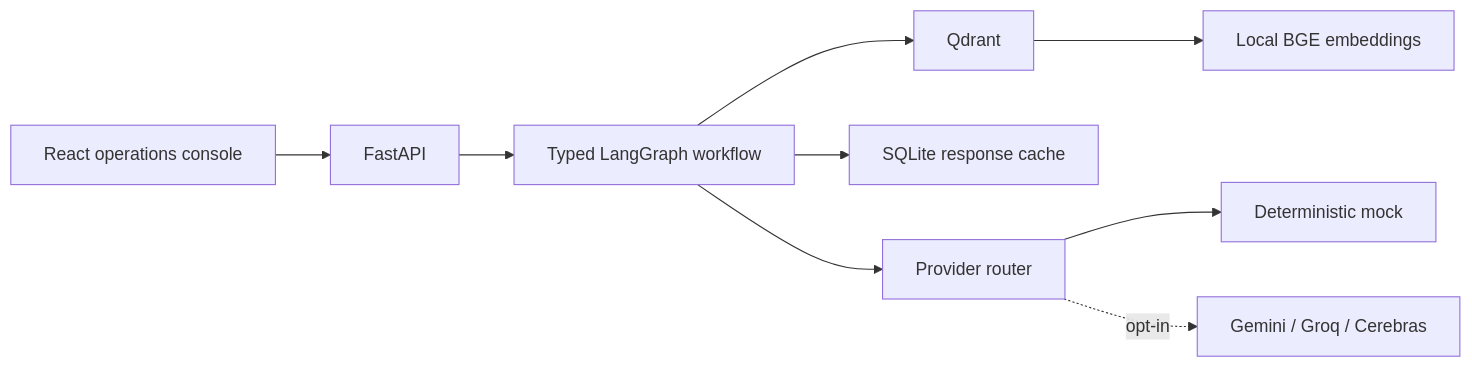
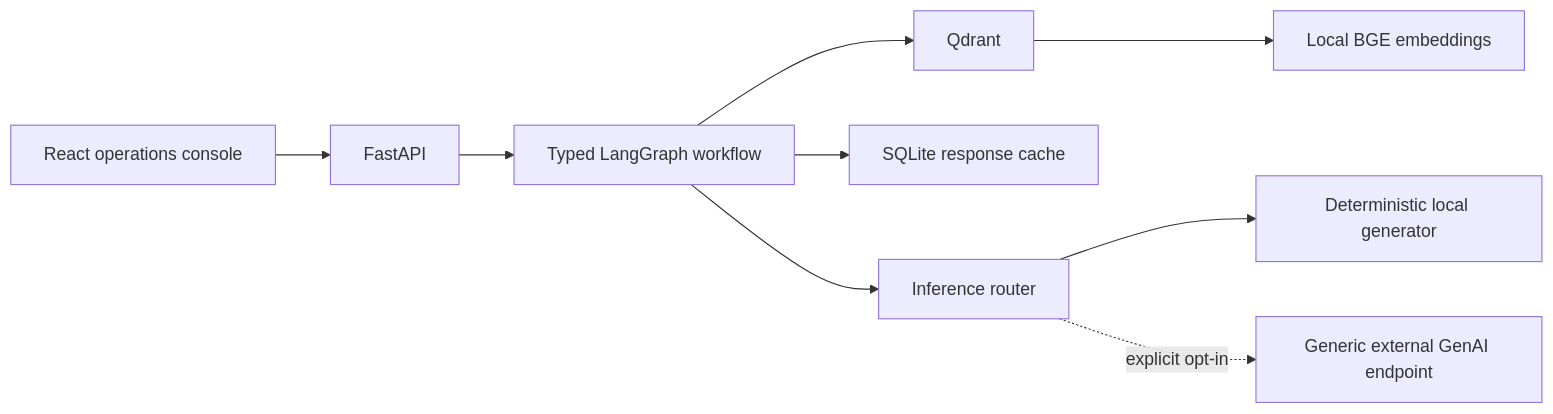
Before and after one commit to Praciller/customer-support-rag-triage-agent: the diagram in README.md, drawn with Mermaid. The commit also changed other lines of this file and 15 other files, not shown here.

First line of the commit message:
Keep inference vendor-neutral with local default

````diff
--- a/README.md
+++ b/README.md
@@ -31,11 +32,11 @@
 ```mermaid
 flowchart LR
   UI[React operations console] --> API[FastAPI]
   API --> G[Typed LangGraph workflow]
   G --> Q[Qdrant]
   Q --> E[Local BGE embeddings]
   G --> C[SQLite response cache]
-  G --> R[Provider router]
-  R --> M[Deterministic mock]
-  R -. opt-in .-> P[Gemini / Groq / Cerebras]
+  G --> R[Inference router]
+  R --> M[Deterministic local generator]
+  R -. explicit opt-in .-> X[Generic external GenAI endpoint]
 ```
````
